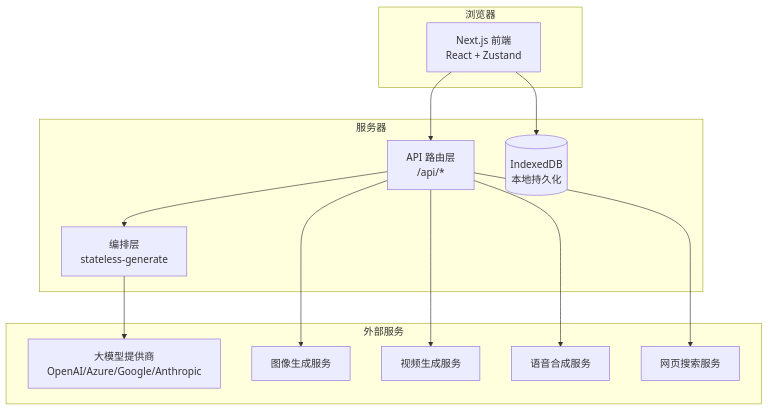
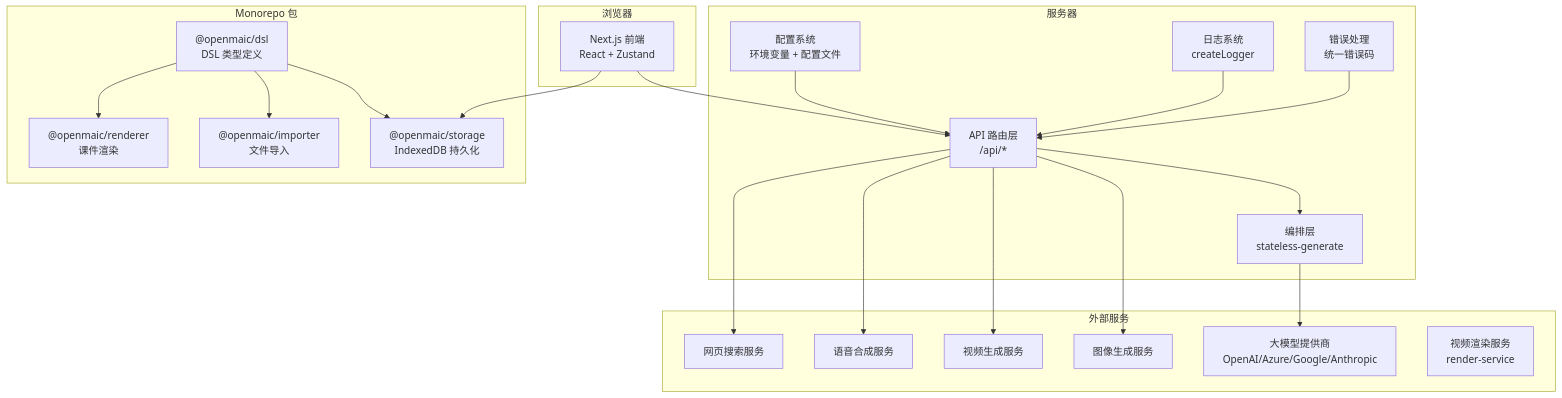
The second of 3 diagrams in .qoder/repowiki/zh/content/架构设计/架构设计.md (huangboheng/OpenMAIC), drawn with Mermaid before and after one commit. The commit also changed other lines of this file and 10 other files, not shown here.

````diff
--- a/.qoder/repowiki/zh/content/架构设计/架构设计.md
+++ b/.qoder/repowiki/zh/content/架构设计/架构设计.md
@@ -122,26 +249,41 @@
 ```mermaid
 graph TB
 subgraph "浏览器"
 FE["Next.js 前端<br/>React + Zustand"]
 end
 subgraph "服务器"
 API["API 路由层<br/>/api/*"]
 ORCH["编排层<br/>stateless-generate"]
-DB[("IndexedDB<br/>本地持久化")]
+CONFIG["配置系统<br/>环境变量 + 配置文件"]
+LOG["日志系统<br/>createLogger"]
+ERROR["错误处理<br/>统一错误码"]
+end
+subgraph "Monorepo 包"
+DSL["@openmaic/dsl<br/>DSL 类型定义"]
+STORAGE["@openmaic/storage<br/>IndexedDB 持久化"]
+IMPORTER["@openmaic/importer<br/>文件导入"]
+RENDERER["@openmaic/renderer<br/>课件渲染"]
 end
 subgraph "外部服务"
 LLM["大模型提供商<br/>OpenAI/Azure/Google/Anthropic"]
 IMG["图像生成服务"]
 VID["视频生成服务"]
 TTS["语音合成服务"]
 WS["网页搜索服务"]
+RENDER["视频渲染服务<br/>render-service"]
 end
 FE --> API
 API --> ORCH
 ORCH --> LLM
 API --> IMG
 API --> VID
 API --> TTS
 API --> WS
-FE --> DB
+FE --> STORAGE
+CONFIG --> API
+LOG --> API
+ERROR --> API
+DSL --> STORAGE
+DSL --> IMPORTER
+DSL --> RENDERER
 ```
````
